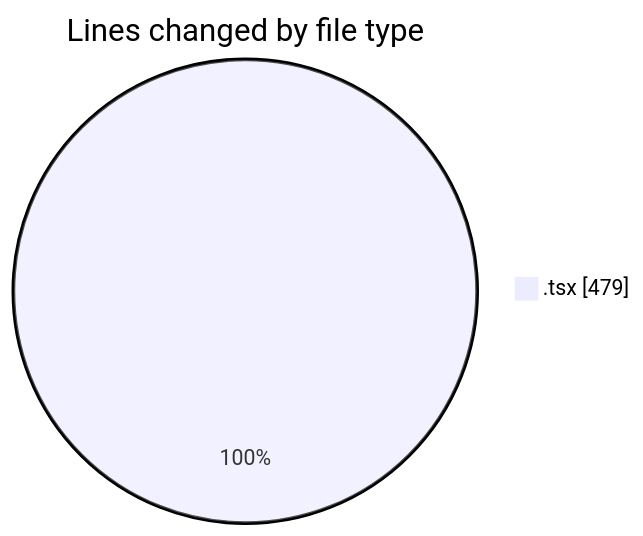
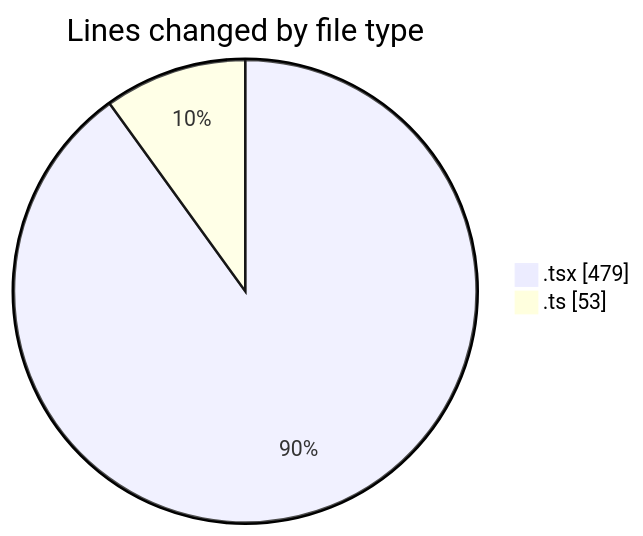
Before and after one commit to nxtqubesakshisongat/code-tracking: the first of 2 diagrams in 2026-04-08/airfeed-analytics-dashboard/README.md, drawn with Mermaid. The commit also changed other lines of this file and 1 other file, not shown here.

````diff
--- a/2026-04-08/airfeed-analytics-dashboard/README.md
+++ b/2026-04-08/airfeed-analytics-dashboard/README.md
@@ -23,5 +24,6 @@
 ```mermaid
 pie showData
 title Lines changed by file type
 ".tsx" : 479
+".ts" : 53
 ```
````
